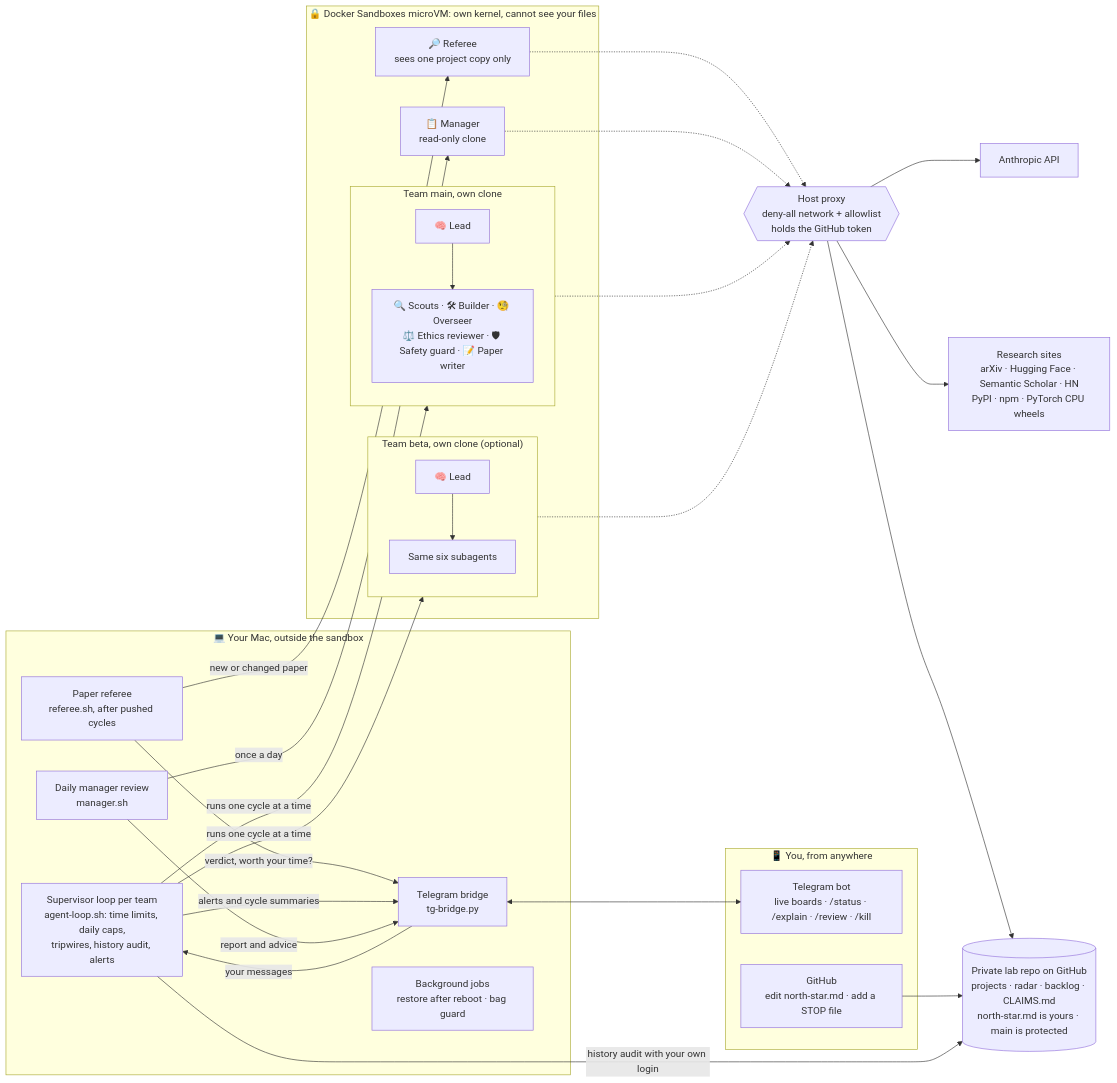
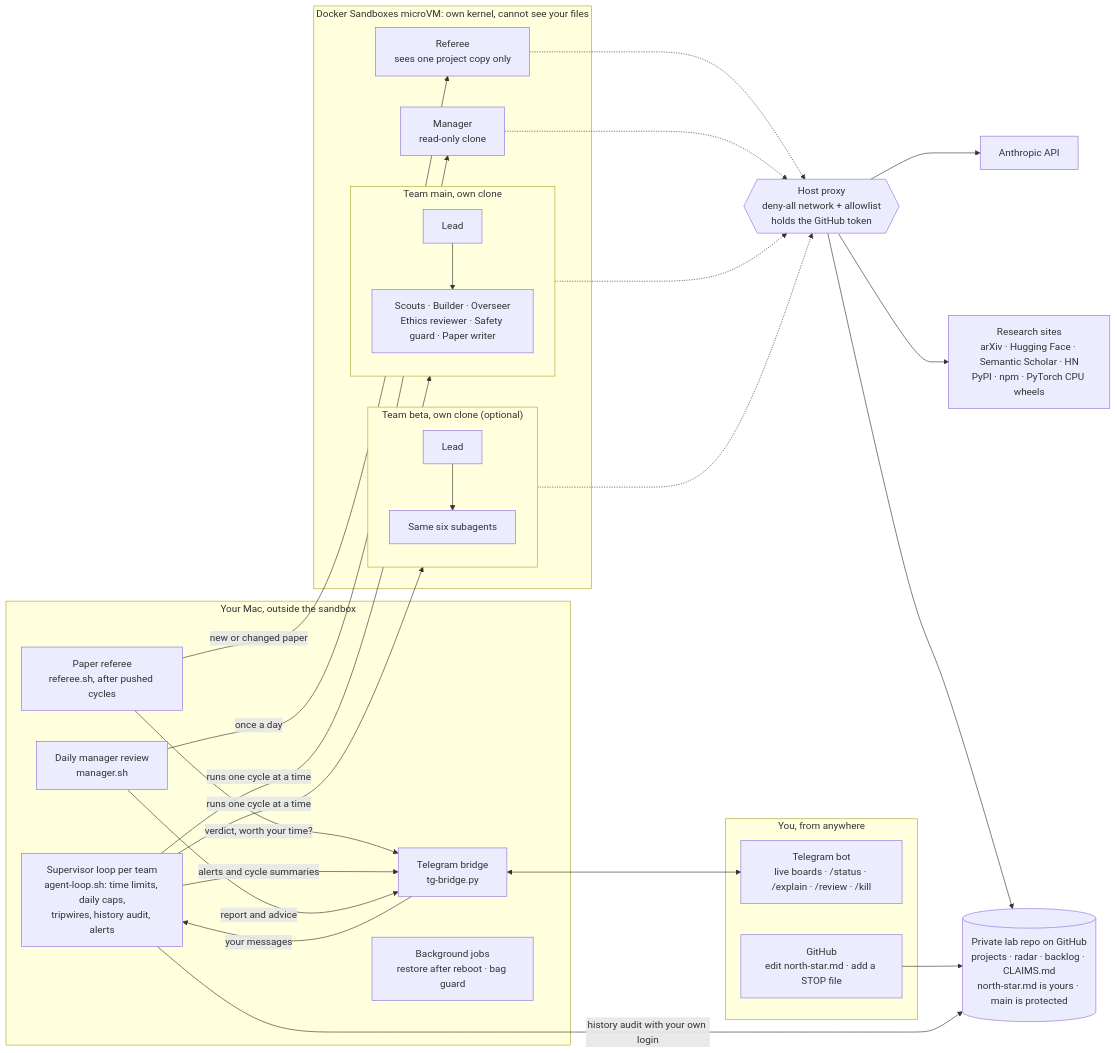
The diagram in README.md (pranavnandyalam/autonomous-research-lab), drawn with Mermaid before and after one commit. The commit also changed other lines of this file, not shown here.

Commit message:
docs: remove emojis from README
Claude-Session: https://claude.ai/code/session_01MaMF7kkn8ctQNem1yThfTw

````diff
--- a/README.md
+++ b/README.md
@@ -16,50 +16,50 @@
 ```mermaid
 flowchart LR
-  subgraph PHONE["📱 You, from anywhere"]
+  subgraph PHONE["You, from anywhere"]
     TG["Telegram bot<br/>live boards · /status · /explain · /review · /kill"]
     GHAPP["GitHub<br/>edit north-star.md · add a STOP file"]
   end
 
-  subgraph MAC["💻 Your Mac, outside the sandbox"]
+  subgraph MAC["Your Mac, outside the sandbox"]
     LOOPS["Supervisor loop per team<br/>agent-loop.sh: time limits, daily caps,<br/>tripwires, history audit, alerts"]
     BRIDGE["Telegram bridge<br/>tg-bridge.py"]
     MGR["Daily manager review<br/>manager.sh"]
     REFS["Paper referee<br/>referee.sh, after pushed cycles"]
     JOBS["Background jobs<br/>restore after reboot · bag guard"]
   end
 
-  subgraph VM["🔒 Docker Sandboxes microVM: own kernel, cannot see your files"]
+  subgraph VM["Docker Sandboxes microVM: own kernel, cannot see your files"]
     subgraph TEAMA["Team main, own clone"]
-      LA["🧠 Lead"] --> SA["🔍 Scouts · 🛠 Builder · 🧐 Overseer<br/>⚖️ Ethics reviewer · 🛡 Safety guard · 📝 Paper writer"]
+      LA["Lead"] --> SA["Scouts · Builder · Overseer<br/>Ethics reviewer · Safety guard · Paper writer"]
     end
     subgraph TEAMB["Team beta, own clone (optional)"]
-      LB["🧠 Lead"] --> SB["Same six subagents"]
+      LB["Lead"] --> SB["Same six subagents"]
     end
-    MR["📋 Manager<br/>read-only clone"]
-    RF["🔎 Referee<br/>sees one project copy only"]
+    MR["Manager<br/>read-only clone"]
+    RF["Referee<br/>sees one project copy only"]
   end
 
   PROXY{{"Host proxy<br/>deny-all network + allowlist<br/>holds the GitHub token"}}
   NET["Research sites<br/>arXiv · Hugging Face · Semantic Scholar · HN<br/>PyPI · npm · PyTorch CPU wheels"]
   REPO[("Private lab repo on GitHub<br/>projects · radar · backlog · CLAIMS.md<br/>north-star.md is yours · main is protected")]
   API["Anthropic API"]
 
   LOOPS -- "runs one cycle at a time" --> TEAMA
   LOOPS -- "runs one cycle at a time" --> TEAMB
   MGR -- "once a day" --> MR
   REFS -- "new or changed paper" --> RF
   RF -.-> PROXY
   REFS -- "verdict, worth your time?" --> BRIDGE
   TEAMA -.-> PROXY
   TEAMB -.-> PROXY
   MR -.-> PROXY
   PROXY --> NET
   PROXY --> REPO
   PROXY --> API
   LOOPS -- "alerts and cycle summaries" --> BRIDGE
   MGR -- "report and advice" --> BRIDGE
   BRIDGE <--> TG
   BRIDGE -- "your messages" --> LOOPS
   GHAPP --> REPO
   LOOPS -- "history audit with your own login" --> REPO
 ```
````
